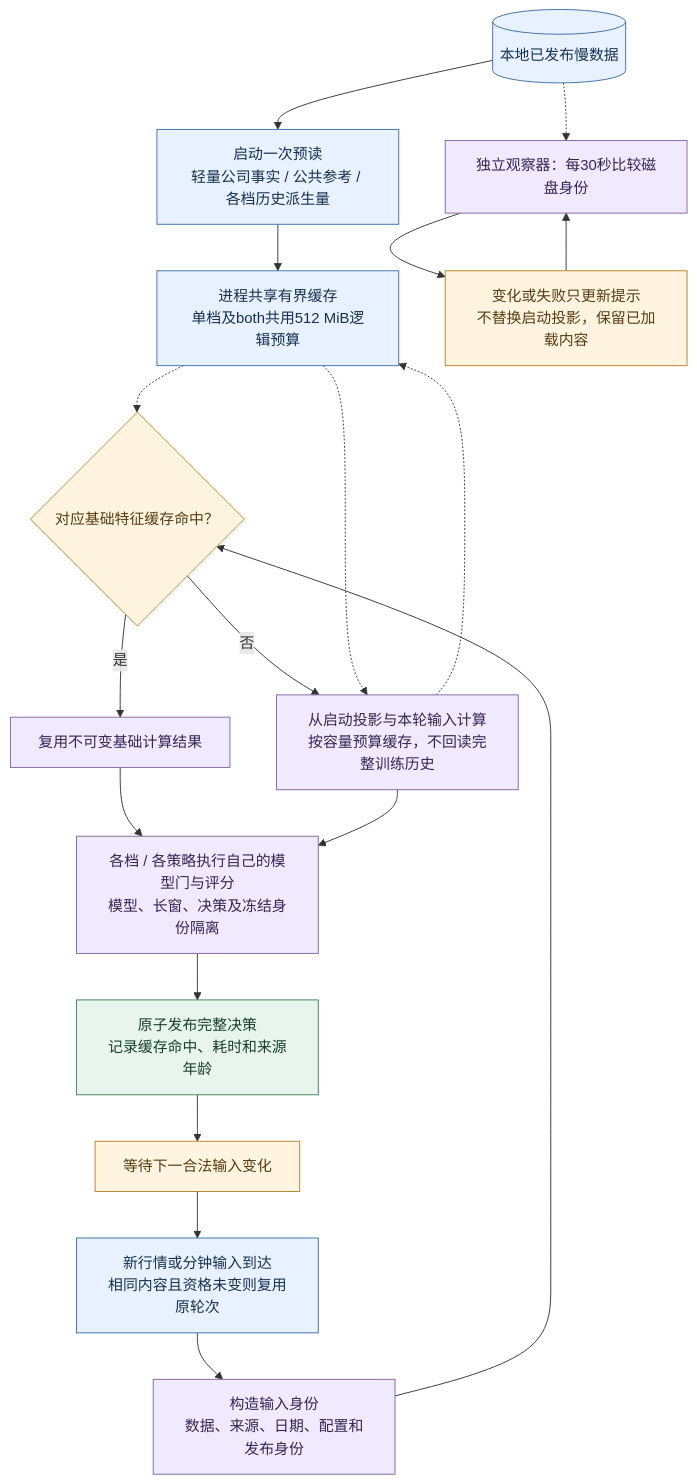
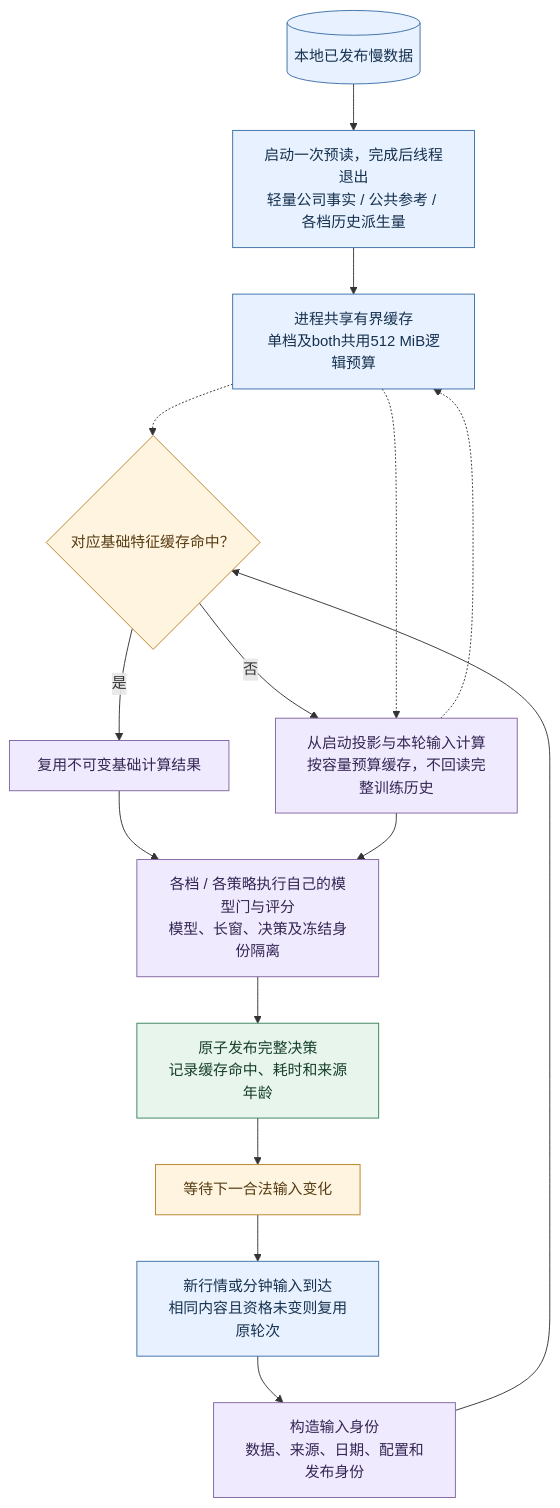
Before and after one commit to 373699756/trader: the fourth of 6 diagrams in docs/2_工程设计.md, drawn with Mermaid. The commit also changed other lines of this file and 23 other files, not shown here.

First line of the commit message:
fix(recommendation): 取消慢资料轮询并统一文档图表围栏

````diff
--- a/docs/2_工程设计.md
+++ b/docs/2_工程设计.md
@@ -345,28 +345,25 @@
-~~~mermaid
+```mermaid
 flowchart TD
-    DB[("本地已发布慢数据")] --> P["启动一次预读<br/>轻量公司事实 / 公共参考 / 各档历史派生量"]
+    DB[("本地已发布慢数据")] --> P["启动一次预读，完成后线程退出<br/>轻量公司事实 / 公共参考 / 各档历史派生量"]
     P --> C["进程共享有界缓存<br/>单档及both共用512 MiB逻辑预算"]
     Q["新行情或分钟输入到达<br/>相同内容且资格未变则复用原轮次"] --> Key["构造输入身份<br/>数据、来源、日期、配置和发布身份"]
     Key --> Hit{"对应基础特征缓存命中？"}
     C -.-> Hit
     Hit -->|是| Reuse["复用不可变基础计算结果"]
     Hit -->|否| Build["从启动投影与本轮输入计算<br/>按容量预算缓存，不回读完整训练历史"]
     C -.-> Build
     Reuse --> S["各档 / 各策略执行自己的模型门与评分<br/>模型、长窗、决策及冻结身份隔离"]
     Build --> S
     Build -.-> C
     S --> V["原子发布完整决策<br/>记录缓存命中、耗时和来源年龄"]
     V --> Wait["等待下一合法输入变化"]
     Wait --> Q
-    DB -.-> Observe["独立观察器：每30秒比较磁盘身份"]
-    Observe --> Hint["变化或失败只更新提示<br/>不替换启动投影，保留已加载内容"]
-    Hint --> Observe
     classDef input fill:#e8f1ff,stroke:#3b6ea8,color:#16324f;
     classDef work fill:#f0eaff,stroke:#8064a2,color:#342653;
     classDef result fill:#e7f5ec,stroke:#39845a,color:#173f2a;
     classDef gate fill:#fff4df,stroke:#b78126,color:#563c13;
     class DB,P,C,Q input;
-    class Key,Reuse,Build,S,Observe work;
+    class Key,Reuse,Build,S work;
     class V result;
-    class Hit,Wait,Hint gate;
-~~~
+    class Hit,Wait gate;
+```
````
